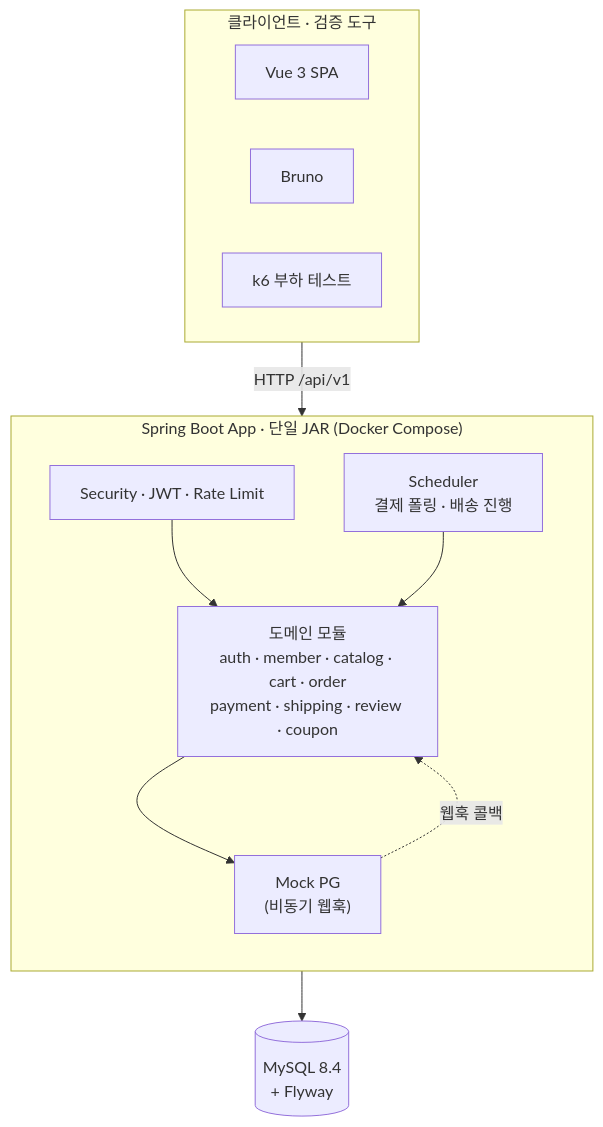
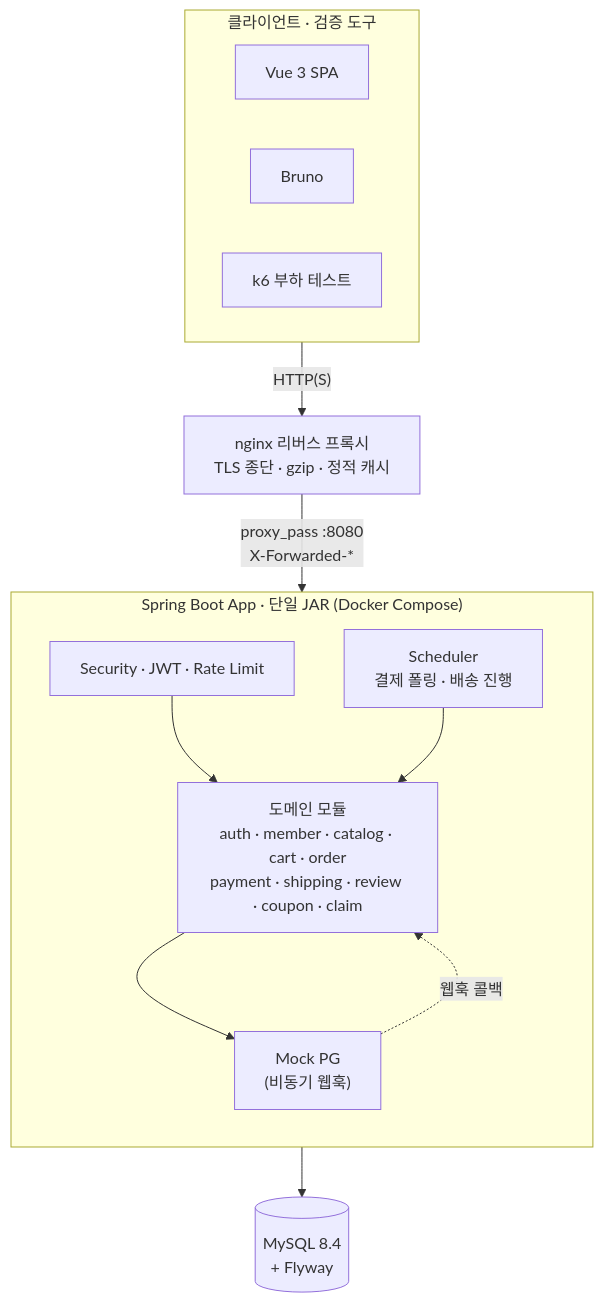
Before and after one commit to heygw44/groove: the first of 4 diagrams in docs/ARCHITECTURE.md, drawn with Mermaid. The commit also changed other lines of this file and 5 other files, not shown here.

````diff
--- a/docs/ARCHITECTURE.md
+++ b/docs/ARCHITECTURE.md
@@ -65,25 +65,28 @@
 ```mermaid
 flowchart TB
     subgraph clients["클라이언트 · 검증 도구"]
         Vue["Vue 3 SPA"]
         Bruno["Bruno"]
         k6["k6 부하 테스트"]
     end
 
+    Nginx["nginx 리버스 프록시<br/>TLS 종단 · gzip · 정적 캐시"]
+
     subgraph app["Spring Boot App · 단일 JAR (Docker Compose)"]
         direction TB
         Sec["Security · JWT · Rate Limit"]
-        Domains["도메인 모듈<br/>auth · member · catalog · cart · order<br/>payment · shipping · review · coupon"]
+        Domains["도메인 모듈<br/>auth · member · catalog · cart · order<br/>payment · shipping · review · coupon · claim"]
         MockPG["Mock PG<br/>(비동기 웹훅)"]
         Sched["Scheduler<br/>결제 폴링 · 배송 진행"]
     end
 
     DB[("MySQL 8.4<br/>+ Flyway")]
 
-    clients -->|"HTTP /api/v1"| Sec
+    clients -->|"HTTP(S)"| Nginx
+    Nginx -->|"proxy_pass :8080<br/>X-Forwarded-*"| Sec
     Sec --> Domains
     Domains --> MockPG
     MockPG -.->|"웹훅 콜백"| Domains
     Sched --> Domains
     Domains --> DB
 ```
````
